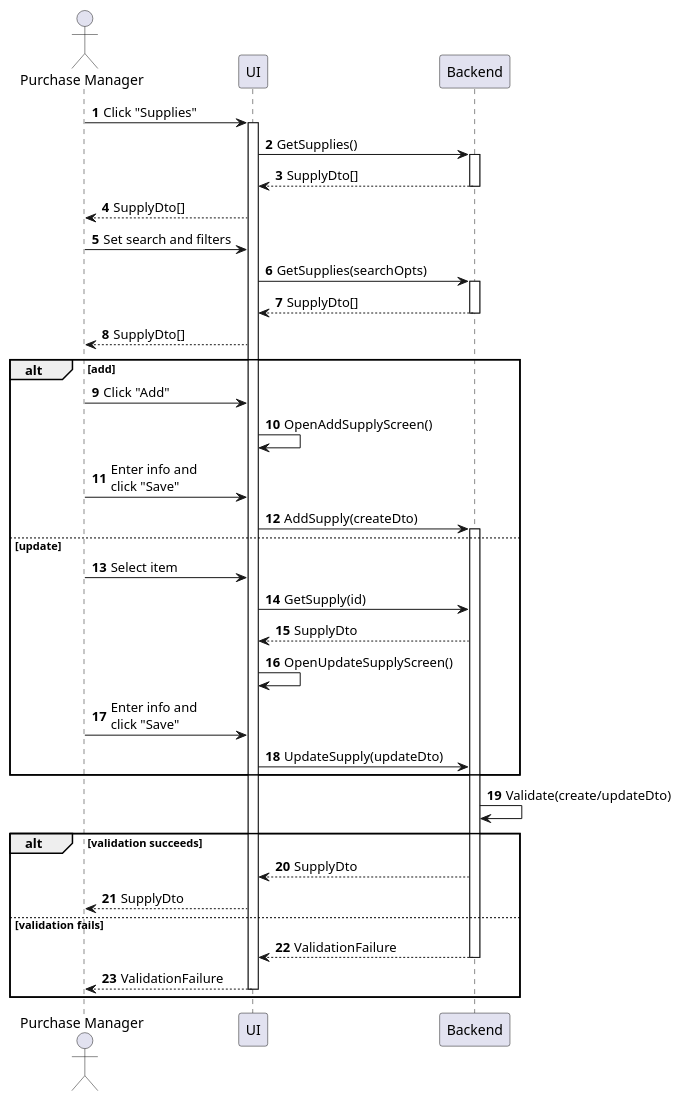
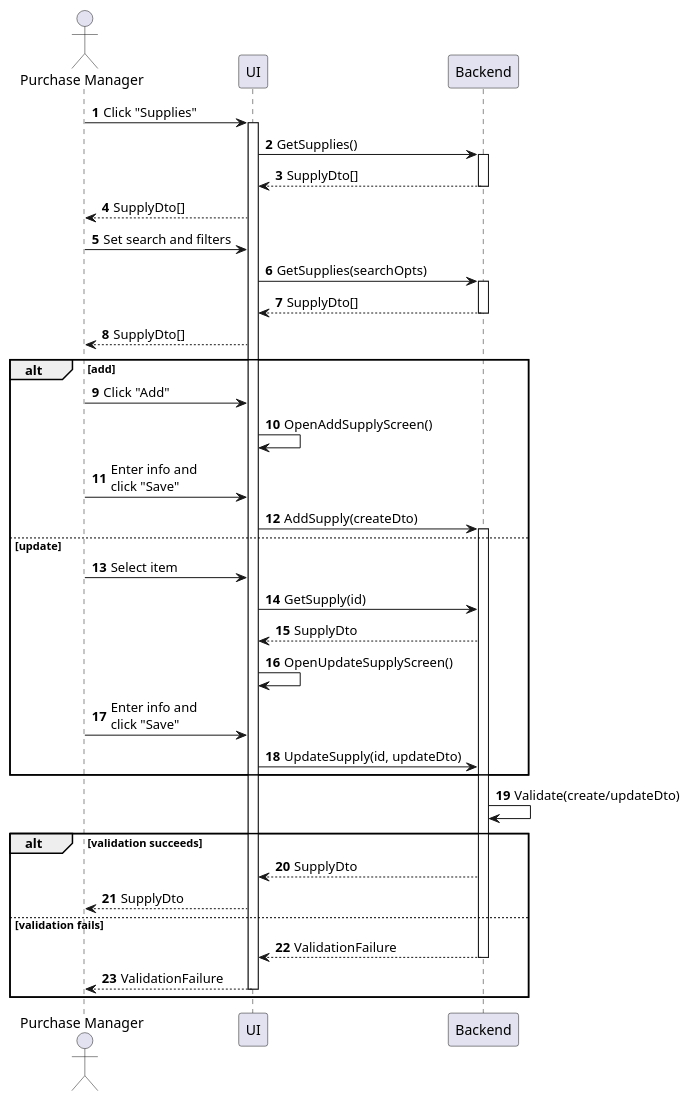
The diagram in sequences/supply-manage.plantuml (phihungha/scmss-reqs), drawn with PlantUML before and after one commit. The commit also changed 19 other files, not shown here.

```diff
--- a/sequences/supply-manage.plantuml
+++ b/sequences/supply-manage.plantuml
@@ -1,44 +1,44 @@
 @startuml supply-manage
 autonumber
 
 actor "Purchase Manager" as a
 participant UI as f
 participant Backend as b
 
 a -> f : Click "Supplies"
 activate f
 f -> b : GetSupplies()
 activate b
 return SupplyDto[]
 f --> a : SupplyDto[]
 a -> f : Set search and filters
 f -> b : GetSupplies(searchOpts)
 activate b
 return SupplyDto[]
 f --> a : SupplyDto[]
 
 alt add
     a -> f : Click "Add"
     f -> f : OpenAddSupplyScreen()
     a -> f : Enter info and\nclick "Save"
     f -> b : AddSupply(createDto)
     activate b
 else update
     a -> f : Select item
     f -> b : GetSupply(id)
     b --> f : SupplyDto
     f -> f : OpenUpdateSupplyScreen()
     a -> f : Enter info and\nclick "Save"
-    f -> b : UpdateSupply(updateDto)
+    f -> b : UpdateSupply(id, updateDto)
 end
 
 b -> b : Validate(create/updateDto)
 
 alt validation succeeds
     b --> f : SupplyDto
     f --> a : SupplyDto
 else validation fails
     return ValidationFailure
     return ValidationFailure
 end
 @enduml
```
